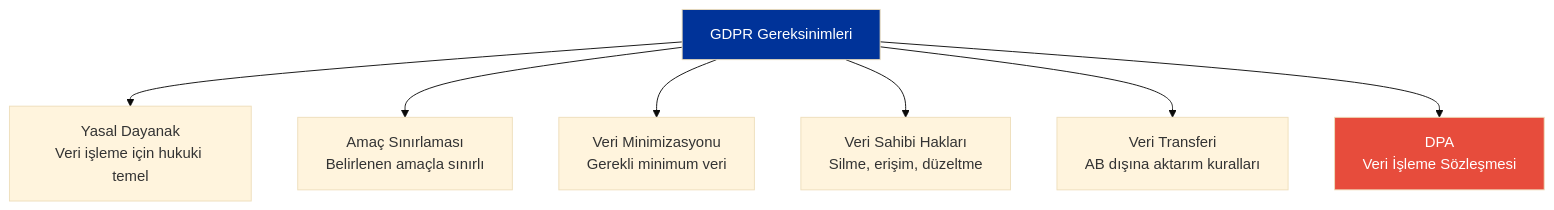
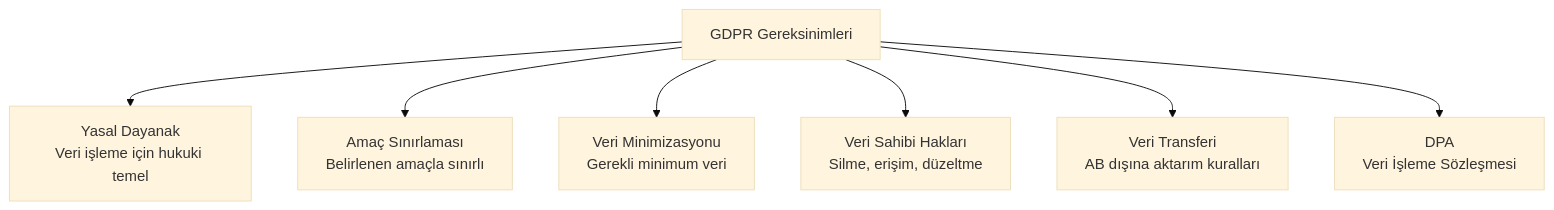
Before and after one commit to IzzetYasinAtes/ClaudeCodeHandbook: the fourth of 8 diagrams in 18-kurumsal-kullanim/09-yasal-uyumluluk.md, drawn with Mermaid (base theme). The commit also changed other lines of this file and 97 other files, not shown here.

Commit message:
Remove all custom Mermaid style/fill colors from 98 markdown files for consistent dark theme rendering

````diff
--- a/18-kurumsal-kullanim/09-yasal-uyumluluk.md
+++ b/18-kurumsal-kullanim/09-yasal-uyumluluk.md
@@ -114,12 +102,10 @@
 ```mermaid
 flowchart TD
     GDPR["GDPR Gereksinimleri"] --> LAWFUL["Yasal Dayanak<br/>Veri işleme için hukuki temel"]
     GDPR --> PURPOSE["Amaç Sınırlaması<br/>Belirlenen amaçla sınırlı"]
     GDPR --> MINIMIZE["Veri Minimizasyonu<br/>Gerekli minimum veri"]
     GDPR --> RIGHTS["Veri Sahibi Hakları<br/>Silme, erişim, düzeltme"]
     GDPR --> TRANSFER["Veri Transferi<br/>AB dışına aktarım kuralları"]
     GDPR --> DPA["DPA<br/>Veri İşleme Sözleşmesi"]
 
-    style GDPR fill:#003399,color:#fff
-    style DPA fill:#E74C3C,color:#fff
 ```
````
